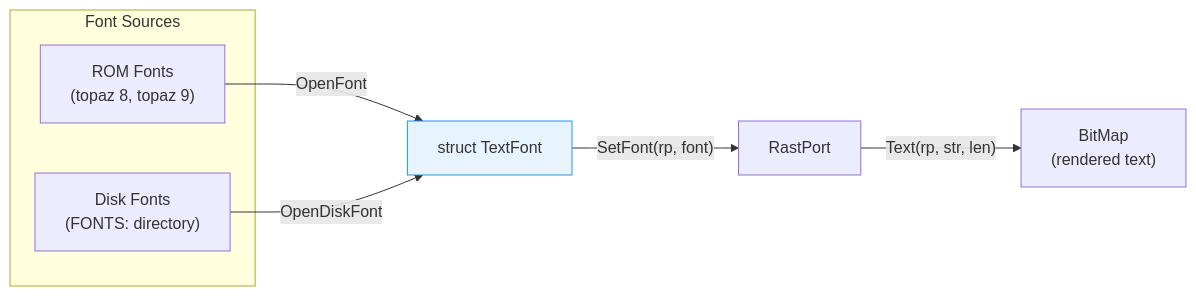
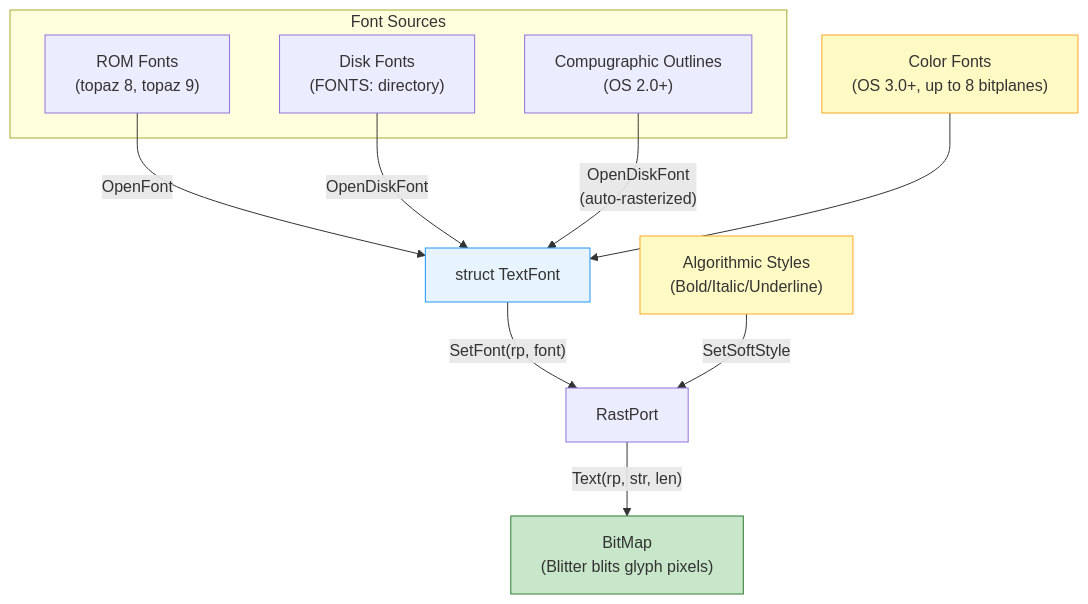
One commit to alfishe/amiga-bootcamp changed the first of 2 diagrams in 08_graphics/text_fonts.md. Above: the diagram before and after it, drawn with Mermaid. The commit also changed other lines of this file and 7 other files, not shown here.

````diff
--- a/08_graphics/text_fonts.md
+++ b/08_graphics/text_fonts.md
@@ -9,15 +11,23 @@
 ```mermaid
-flowchart LR
+flowchart TD
     subgraph "Font Sources"
         ROM["ROM Fonts<br/>(topaz 8, topaz 9)"]
         DISK["Disk Fonts<br/>(FONTS: directory)"]
+        OUTLINE["Compugraphic Outlines<br/>(OS 2.0+)"]
     end
 
     ROM -->|"OpenFont"| TF["struct TextFont"]
     DISK -->|"OpenDiskFont"| TF
+    OUTLINE -->|"OpenDiskFont\n(auto-rasterized)"| TF
 
     TF -->|"SetFont(rp, font)"| RP["RastPort"]
-    RP -->|"Text(rp, str, len)"| BM["BitMap<br/>(rendered text)"]
+    RP -->|"Text(rp, str, len)"| BM["BitMap\n(Blitter blits glyph pixels)"]
+
+    STYLE["Algorithmic Styles\n(Bold/Italic/Underline)"] -->|"SetSoftStyle"| RP
+    COLOR["Color Fonts\n(OS 3.0+, up to 8 bitplanes)"] --> TF
 
     style TF fill:#e8f4fd,stroke:#2196f3,color:#333
+    style BM fill:#c8e6c9,stroke:#2e7d32,color:#333
+    style STYLE fill:#fff9c4,stroke:#f9a825,color:#333
+    style COLOR fill:#fff9c4,stroke:#f9a825,color:#333
 ```
````
